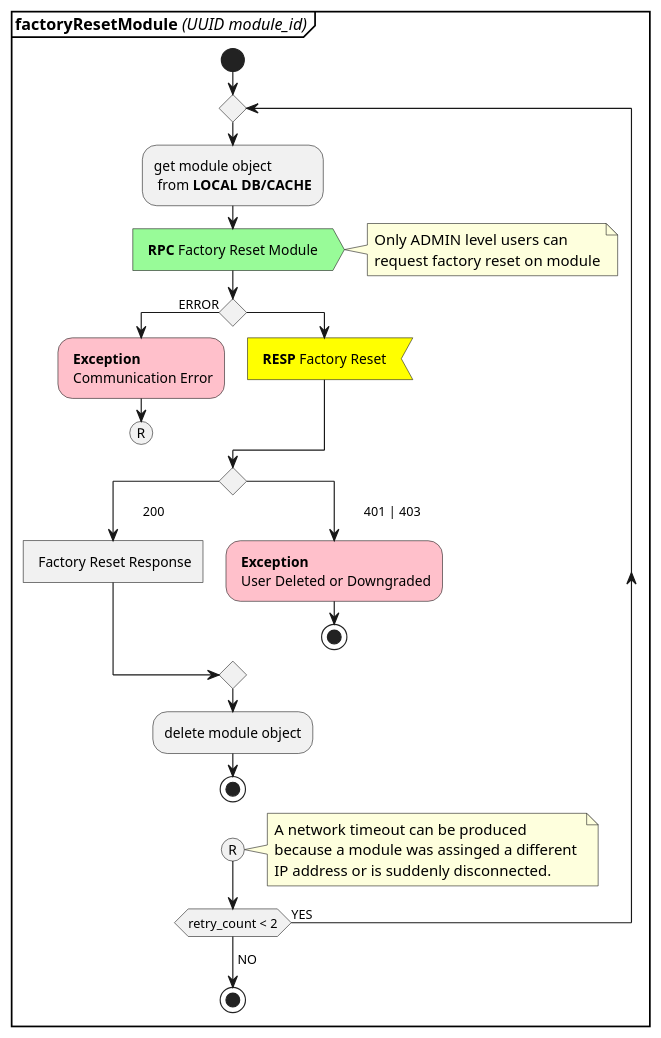
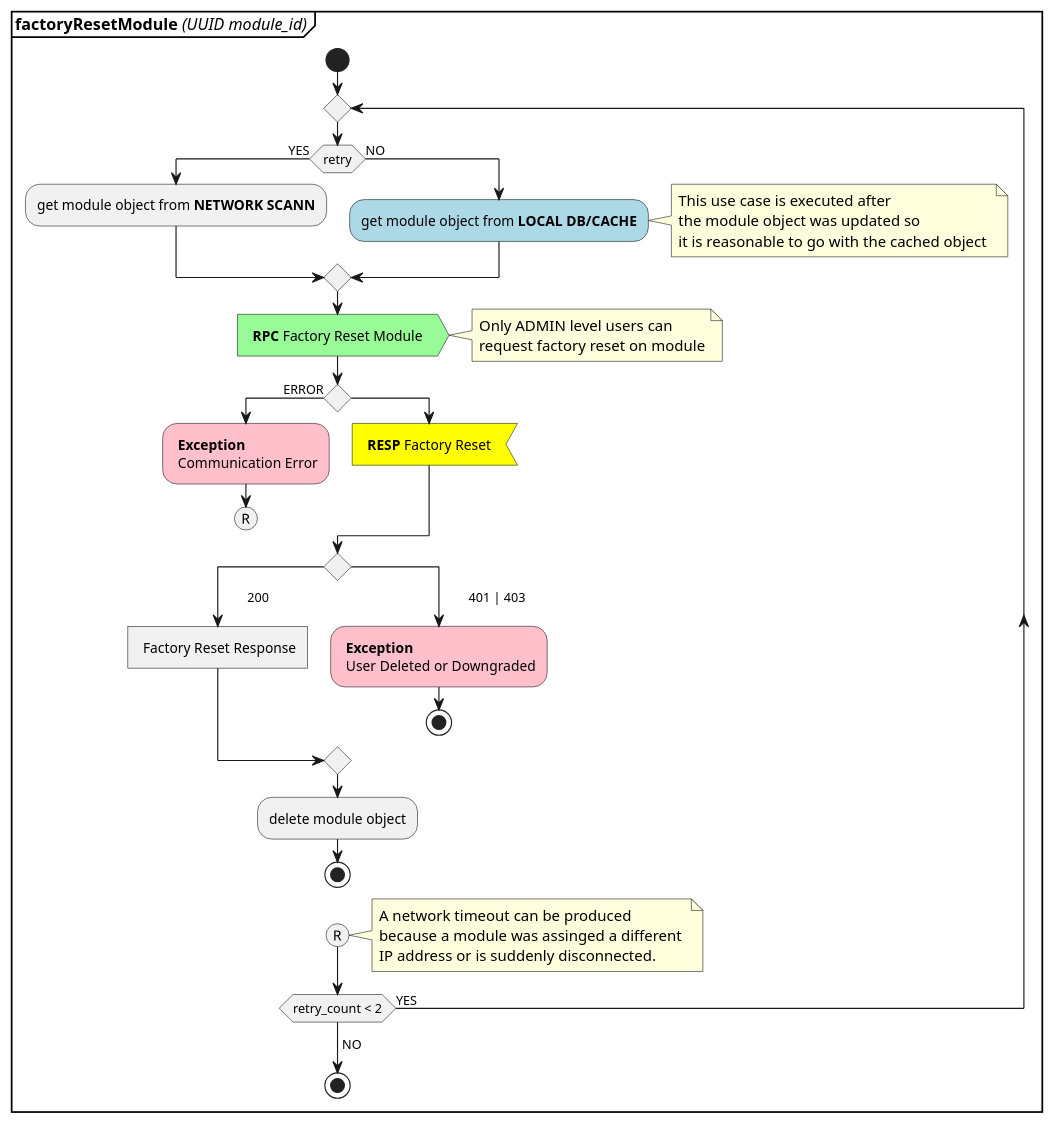
Before and after one commit to estebandres/PI_UML_diagrams: the diagram in activity_diagrams/AD_config_facrotyReset.plantuml, drawn with PlantUML. The commit also changed 9 other files, not shown here.

Commit message:
finished all activity diagrams

```diff
--- a/activity_diagrams/AD_config_facrotyReset.plantuml
+++ b/activity_diagrams/AD_config_facrotyReset.plantuml
@@ -1,38 +1,48 @@
 @startuml AD_trigger
 partition  <b>factoryResetModule</b> <i>(UUID module_id)</i> {
     start
     repeat
-    :get module object \n from <b>LOCAL DB/CACHE</b>;
+    if(retry) then (YES)
+    :get module object from <b>NETWORK SCANN</b>;
+    else (NO)
+    #lightblue:get module object from <b>LOCAL DB/CACHE</b>;
+    note right
+    This use case is executed after 
+    the module object was updated so 
+    it is reasonable to go with the cached object 
+    end note
+    endif
+    
     #palegreen: <b>RPC</b> Factory Reset Module >
     note right
     Only ADMIN level users can
     request factory reset on module
     end note
     if() then (ERROR)
         #pink : <b>Exception</b> \n Communication Error;
         (R)
         detach
     else
         #yellow: <b>RESP</b> Factory Reset <
     endif
     switch()
         case(\t 200)
             : Factory Reset Response]
         case(\t 401 | 403)
             #pink : <b>Exception</b> \n User Deleted or Downgraded;
             stop
     endswitch
     :delete module object;
     stop
 
     (R)
     note right 
         A network timeout can be produced 
         because a module was assinged a different 
         IP address or is suddenly disconnected.
     end note
     repeat while(retry_count < 2) is (YES)
     -> NO;
     stop
 }
 @enduml
```
